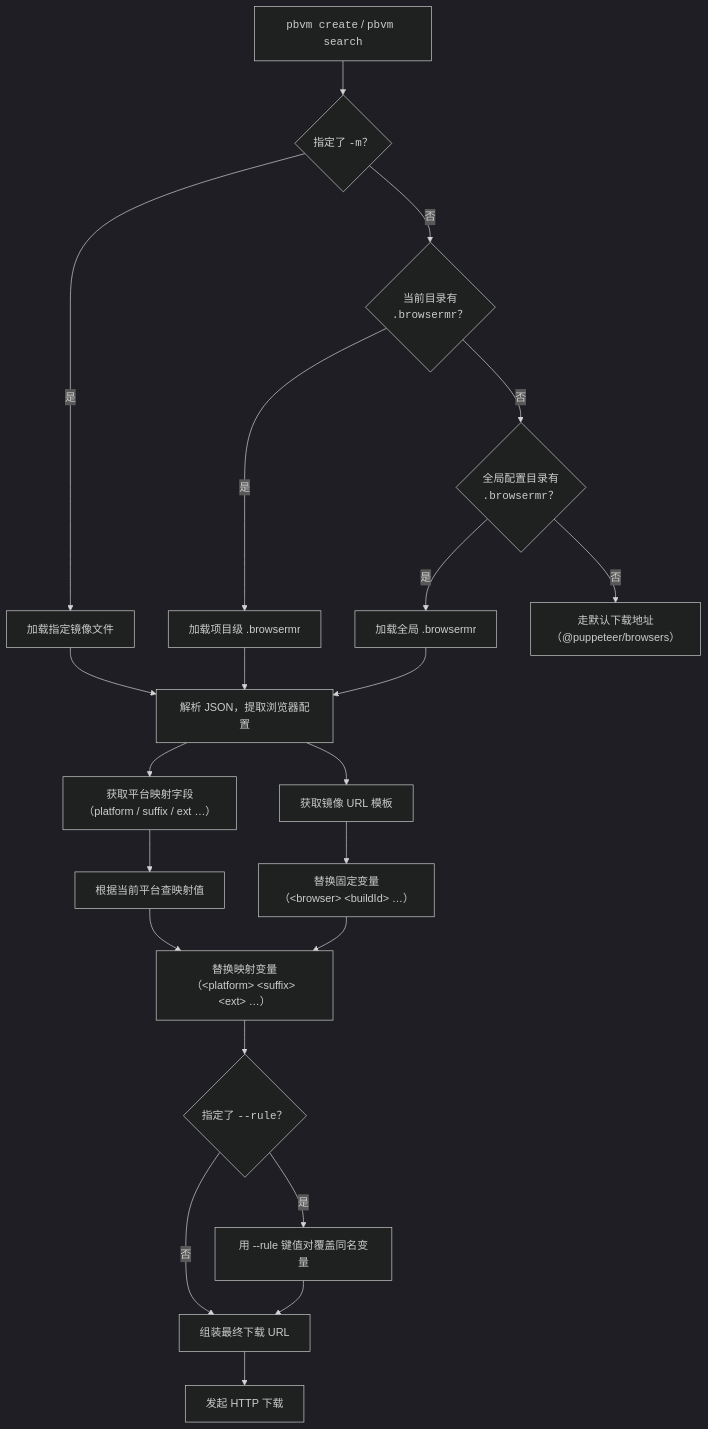
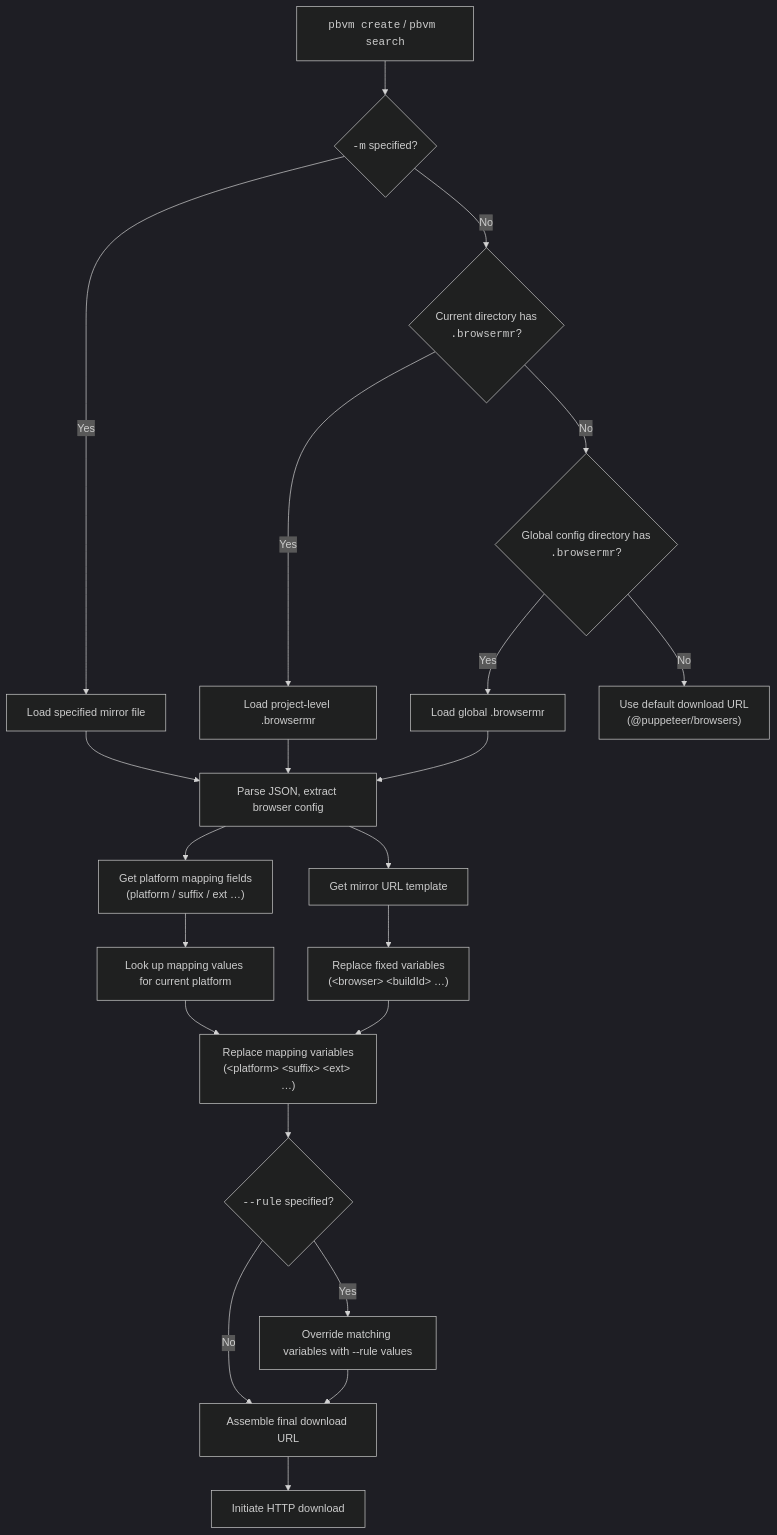
Before and after one commit to cgfeel/pbvm: the diagram in documentation/docs/source.mdx, drawn with Mermaid (dark theme). The commit also changed other lines of this file and 52 other files, not shown here.

````diff
--- a/documentation/docs/source.mdx
+++ b/documentation/docs/source.mdx
@@ -182,28 +182,28 @@
 ```mermaid
 flowchart TD
-    A["<code>pbvm create</code> / <code>pbvm search</code>"] --> B{"指定了 <code>-m</code>？"}
-    B -->|是| C["加载指定镜像文件"]
-    B -->|否| D{"当前目录有<br/><code>.browsermr</code>？"}
-    D -->|是| E["加载项目级 .browsermr"]
-    D -->|否| F{"全局配置目录有<br/><code>.browsermr</code>？"}
-    F -->|是| G["加载全局 .browsermr"]
-    F -->|否| H["走默认下载地址<br/>（@puppeteer/browsers）"]
+    A["<code>pbvm create</code> / <code>pbvm search</code>"] --> B{"<code>-m</code> specified?"}
+    B -->|Yes| C["Load specified mirror file"]
+    B -->|No| D{"Current directory has<br/><code>.browsermr</code>?"}
+    D -->|Yes| E["Load project-level .browsermr"]
+    D -->|No| F{"Global config directory has<br/><code>.browsermr</code>?"}
+    F -->|Yes| G["Load global .browsermr"]
+    F -->|No| H["Use default download URL<br/>(@puppeteer/browsers)"]
 
-    C --> I["解析 JSON，提取浏览器配置"]
+    C --> I["Parse JSON, extract browser config"]
     E --> I
     G --> I
 
-    I --> J["获取镜像 URL 模板"]
-    I --> K["获取平台映射字段<br/>（platform / suffix / ext …）"]
+    I --> J["Get mirror URL template"]
+    I --> K["Get platform mapping fields<br/>(platform / suffix / ext …)"]
 
-    K --> L["根据当前平台查映射值"]
-    L --> M["替换映射变量<br/>（&lt;platform&gt; &lt;suffix&gt; &lt;ext&gt; …）"]
-    J --> N["替换固定变量<br/>（&lt;browser&gt; &lt;buildId&gt; …）"]
+    K --> L["Look up mapping values for current platform"]
+    L --> M["Replace mapping variables<br/>(&lt;platform&gt; &lt;suffix&gt; &lt;ext&gt; …)"]
+    J --> N["Replace fixed variables<br/>(&lt;browser&gt; &lt;buildId&gt; …)"]
     N --> M
 
-    M --> O{"指定了 <code>--rule</code>？"}
-    O -->|是| P["用 --rule 键值对覆盖同名变量"]
-    O -->|否| Q["组装最终下载 URL"]
+    M --> O{"<code>--rule</code> specified?"}
+    O -->|Yes| P["Override matching variables with --rule values"]
+    O -->|No| Q["Assemble final download URL"]
     P --> Q
-    Q --> R["发起 HTTP 下载"]
+    Q --> R["Initiate HTTP download"]
 ```
````
